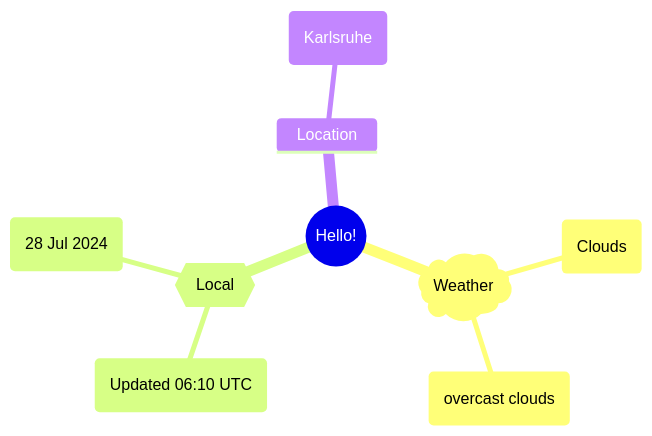
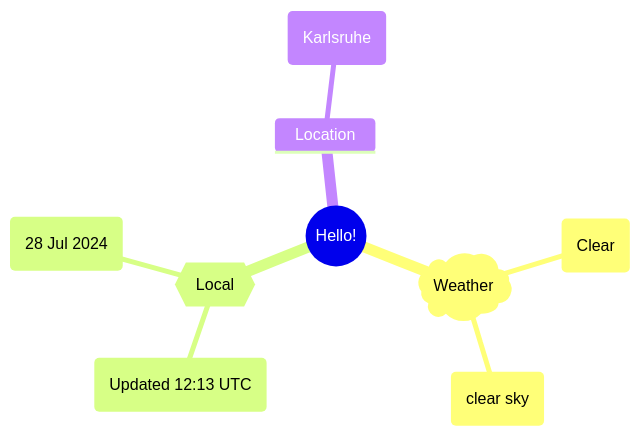
The first of 2 diagrams in README.md (Xosrov/Xosrov), drawn with Mermaid before and after one commit.

Commit message:
[bot] updated images

````diff
--- a/README.md
+++ b/README.md
@@ -3,12 +3,12 @@
 ```mermaid
 mindmap
   root((Hello!))
     )Weather(
-        (Clouds)
-        (overcast clouds)
+        (Clear)
+        (clear sky)
     {{Local}}
-        (Updated 06:10 UTC)
+        (Updated 12:13 UTC)
         (28 Jul 2024)
     Location
         (Karlsruhe)
 ```
````
